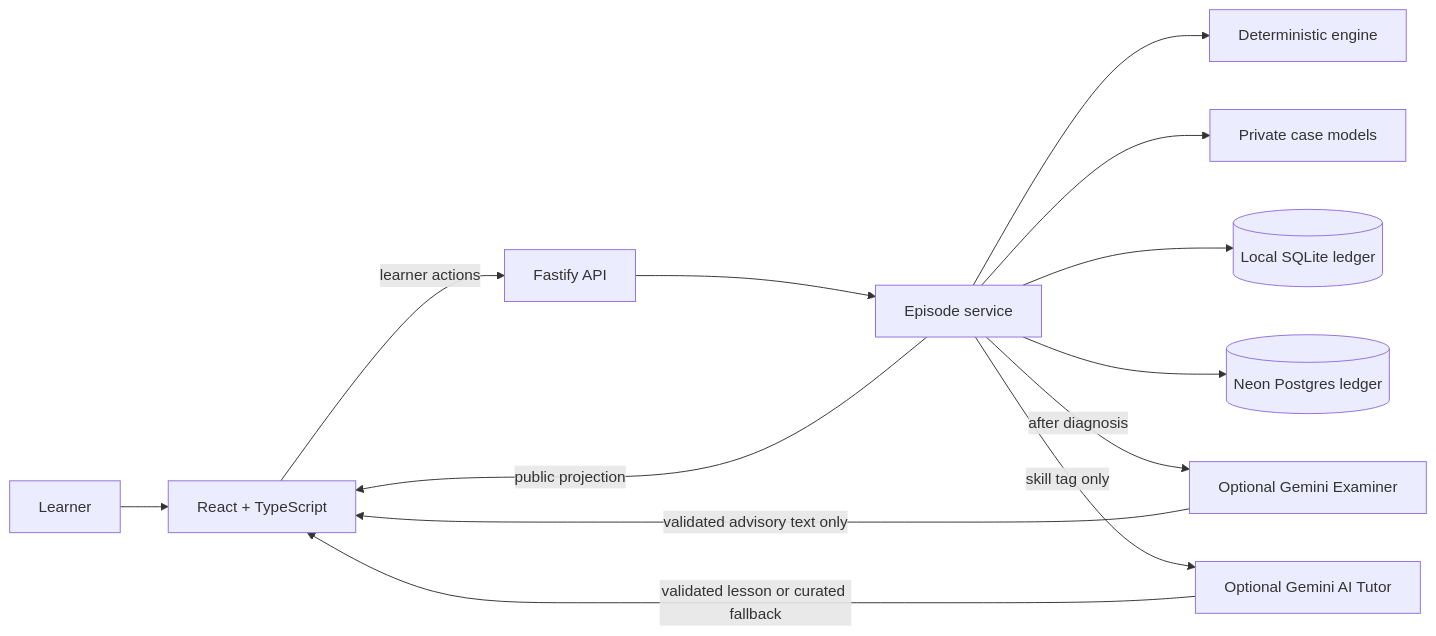
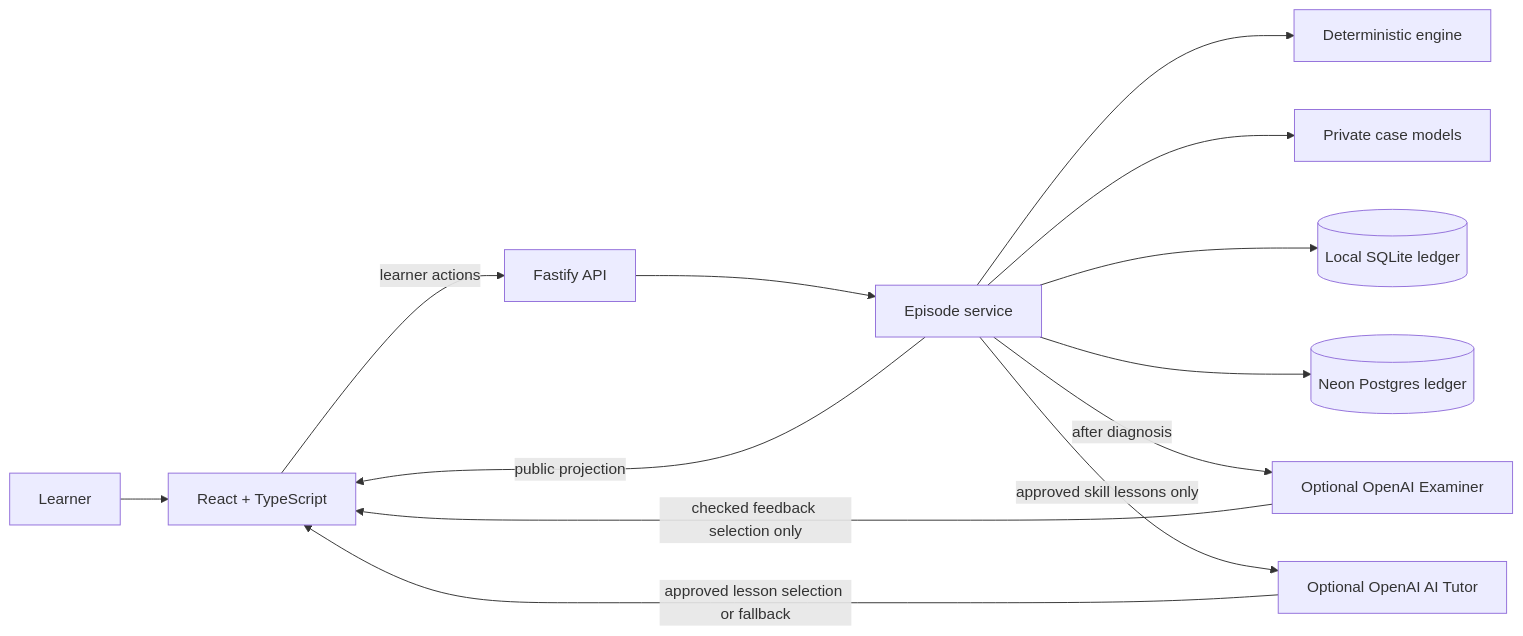
Before and after one commit to Tayebbb/TwinSleuth: the second of 2 diagrams in README.md, drawn with Mermaid. The commit also changed other lines of this file and 49 other files, not shown here.

````diff
--- a/README.md
+++ b/README.md
@@ -53,15 +55,15 @@
 ```mermaid
 flowchart LR
     Learner --> UI[React + TypeScript]
     UI -->|learner actions| API[Fastify API]
     API --> Episode[Episode service]
     Episode --> Engine[Deterministic engine]
     Episode --> Models[Private case models]
     Episode --> Local[(Local SQLite ledger)]
     Episode --> Hosted[(Neon Postgres ledger)]
     Episode -->|public projection| UI
-    Episode -->|after diagnosis| Examiner[Optional Gemini Examiner]
-    Examiner -->|validated advisory text only| UI
-    Episode -->|skill tag only| Tutor[Optional Gemini AI Tutor]
-    Tutor -->|validated lesson or curated fallback| UI
+    Episode -->|after diagnosis| Examiner[Optional OpenAI Examiner]
+    Examiner -->|checked feedback selection only| UI
+    Episode -->|approved skill lessons only| Tutor[Optional OpenAI AI Tutor]
+    Tutor -->|approved lesson selection or fallback| UI
 ```
````
